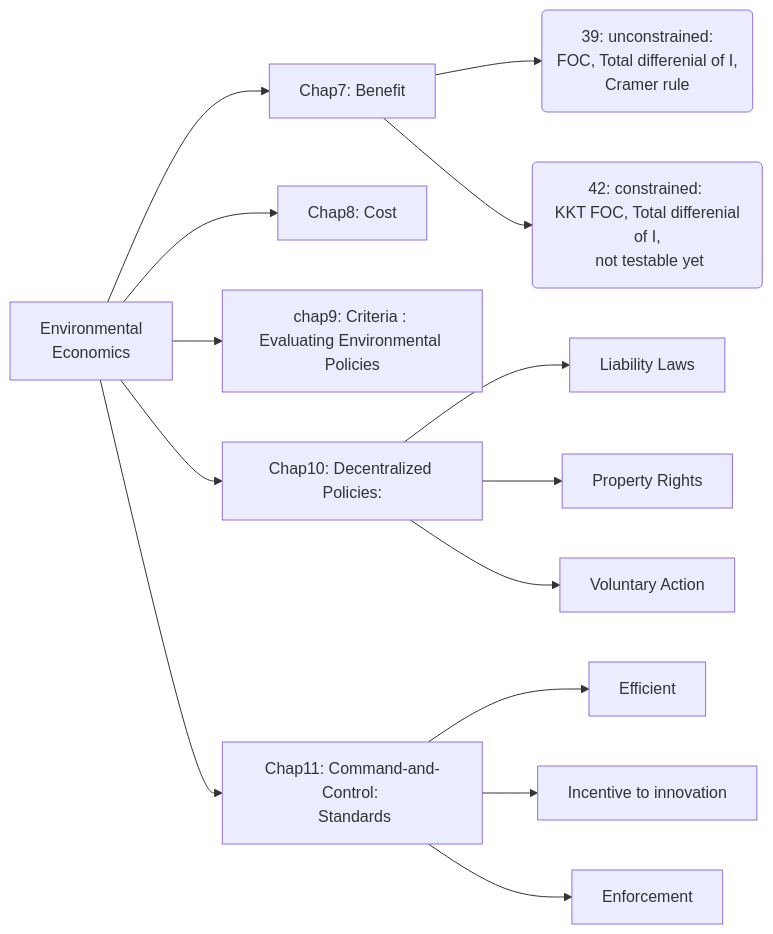
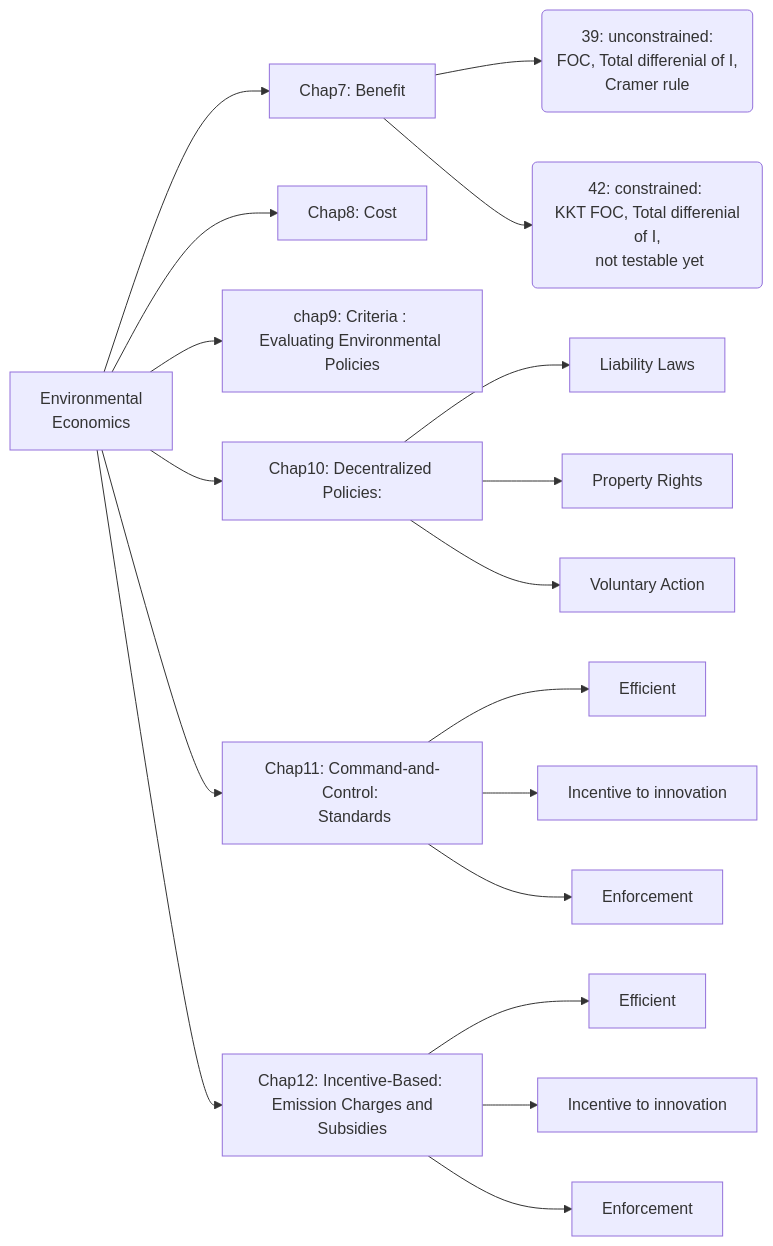
One commit to snowdj/ECON changed the diagram in _posts/2017-04-13-381-final-2017.md. Above: the diagram before and after it, drawn with Mermaid.

```diff
--- a/_posts/2017-04-13-381-final-2017.md
+++ b/_posts/2017-04-13-381-final-2017.md
@@ -22,17 +22,22 @@
 <div class="mermaid">
 graph LR
       id0[Environmental <br> Economics]-->id1[Chap7: Benefit]
       id0[Environmental <br> Economics]-->id2[Chap8: Cost]
       id0[Environmental <br> Economics]-->id3[chap9: Criteria : <br>Evaluating Environmental Policies]
       id0[Environmental <br> Economics]-->id4[Chap10: Decentralized Policies:]
       id0[Environmental <br> Economics]-->id5[Chap11: Command-and-Control: <br> Standards]
+      id0[Environmental <br> Economics]-->id6[Chap12: Incentive-Based: <br> Emission Charges and Subsidies]
+      
       id4-->id9[Liability Laws]
      id4-->id10[Property Rights]
      id4-->id11[Voluntary Action]
      id5-->id12[Efficient]
      id5-->id13[Incentive to innovation]
      id5-->id14[Enforcement]
+     id6-->id15[Efficient]
+     id6-->id16[Incentive to innovation]
+     id6-->id17[Enforcement]
      id1-->id7(39: unconstrained:<br> FOC, Total differenial of I,<br> Cramer rule  )
      id1-->id8(42: constrained: <br> KKT FOC, Total differenial of I,<br> not testable yet)
      
  </div>
```
